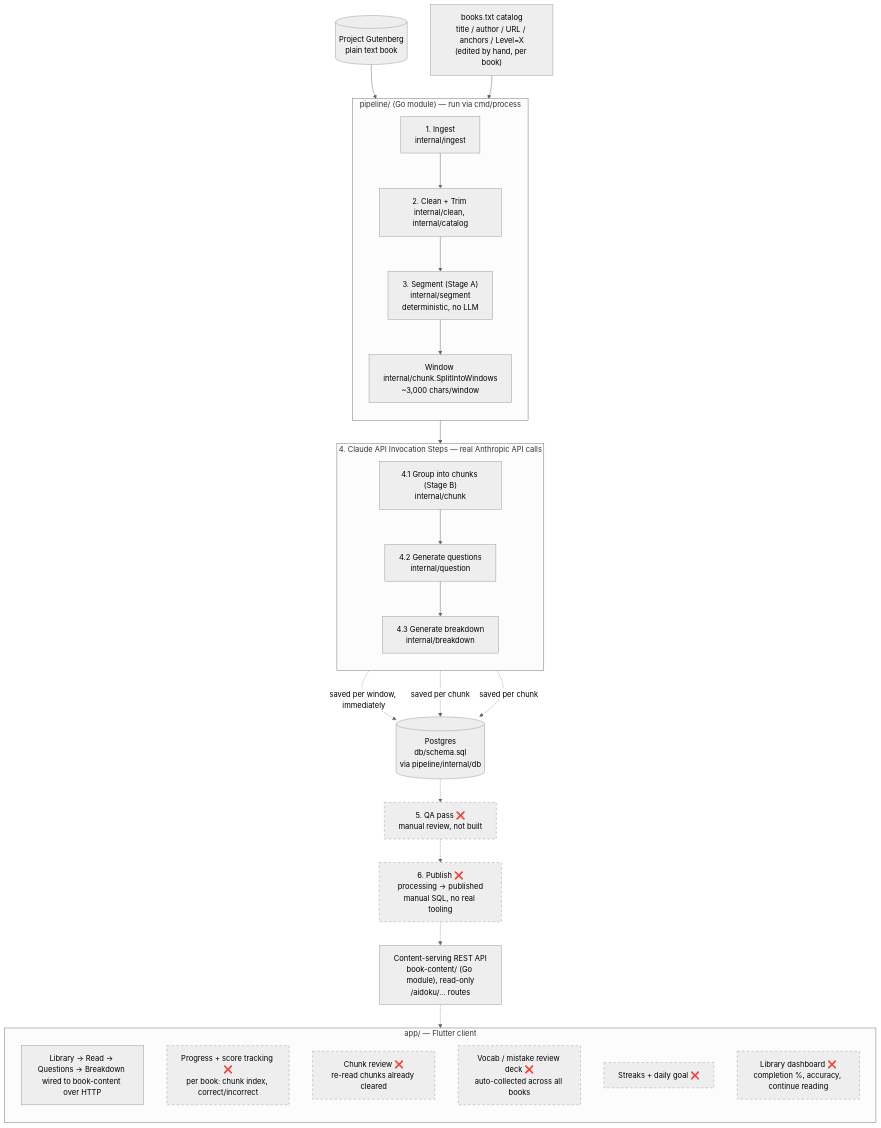
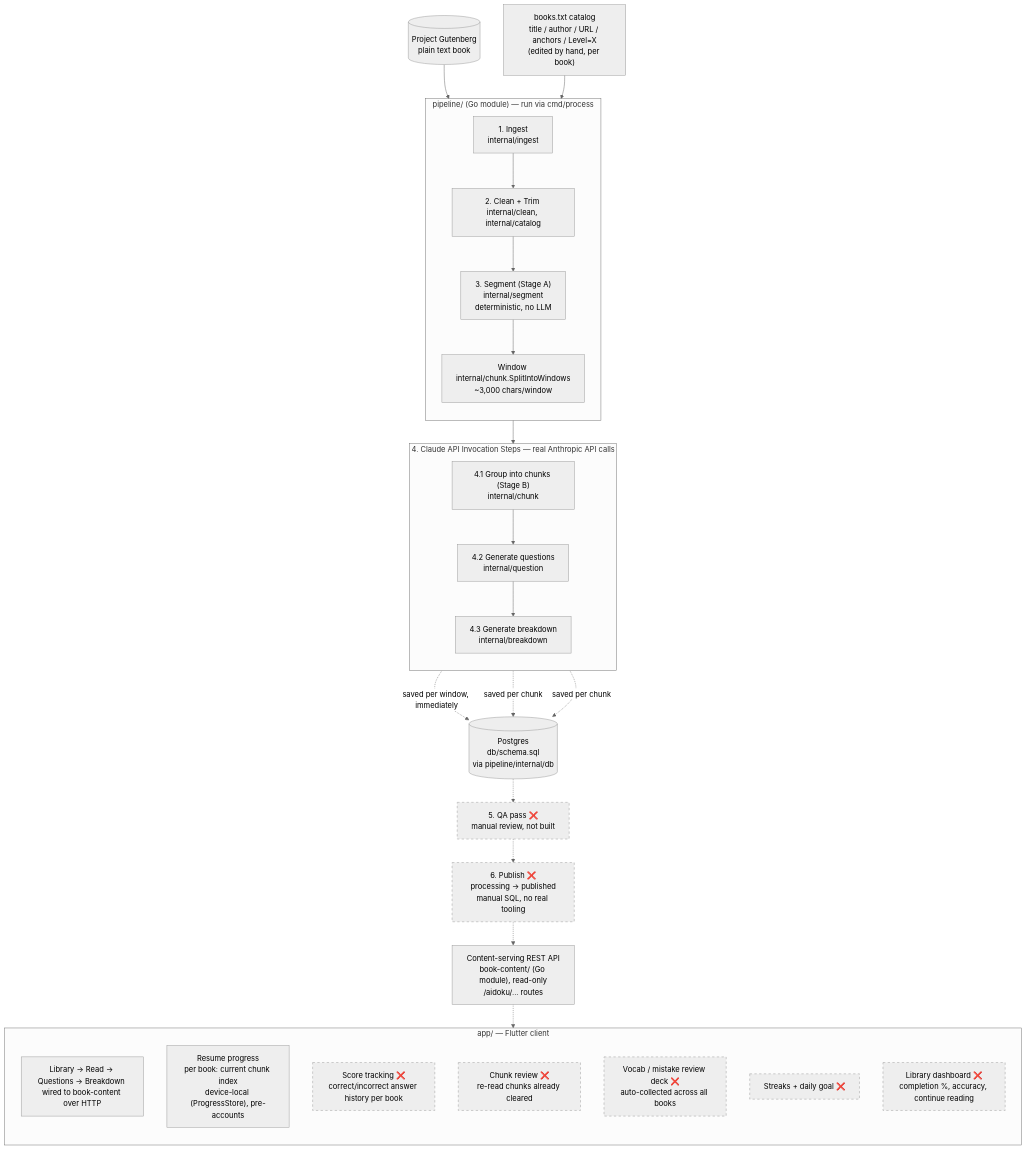
One commit to devdanielroy/project-aidoku changed the diagram in README.md. Above: the diagram before and after it, drawn with Mermaid (neutral theme). The commit also changed other lines of this file and 15 other files, not shown here.

````diff
--- a/README.md
+++ b/README.md
@@ -20,51 +20,52 @@
 ```mermaid
 flowchart TD
     GB[("Project Gutenberg<br/>plain text book")]
     BT["books.txt catalog<br/>title / author / URL / anchors / Level=X<br/>(edited by hand, per book)"]
 
     subgraph pipeline["pipeline/ (Go module) — run via cmd/process"]
         direction TB
         ING["1. Ingest <br/>internal/ingest"]
         CLN["2. Clean + Trim <br/>internal/clean, internal/catalog"]
         SEG["3. Segment (Stage A) <br/>internal/segment<br/>deterministic, no LLM"]
         WIN["Window <br/>internal/chunk.SplitIntoWindows<br/>~3,000 chars/window"]
         ING --> CLN --> SEG --> WIN
     end
 
     subgraph claude["4. Claude API Invocation Steps — real Anthropic API calls"]
         direction TB
         GRP["4.1 Group into chunks (Stage B)<br/>internal/chunk"]
         Q["4.2 Generate questions<br/>internal/question"]
         BRK["4.3 Generate breakdown<br/>internal/breakdown"]
         GRP --> Q --> BRK
     end
 
     DB[("Postgres <br/>db/schema.sql<br/>via pipeline/internal/db")]
 
     QA["5. QA pass ❌<br/>manual review, not built"]
     PUB["6. Publish ❌<br/>processing → published<br/>manual SQL, no real tooling"]
     API["Content-serving REST API<br/>book-content/ (Go module), read-only<br/>/aidoku/... routes"]
 
     subgraph client["app/ — Flutter client"]
       direction TB
         UI["Library → Read → Questions → Breakdown <br/>wired to book-content over HTTP"]
-        PROG["Progress + score tracking ❌<br/>per book: chunk index, correct/incorrect"]
+        RESUME["Resume progress<br/>per book: current chunk index<br/>device-local (ProgressStore), pre-accounts"]
+        SCORE["Score tracking ❌<br/>correct/incorrect answer history per book"]
         REVIEW["Chunk review ❌<br/>re-read chunks already cleared"]
         VOCAB["Vocab / mistake review deck ❌<br/>auto-collected across all books"]
         STREAK["Streaks + daily goal ❌"]
         DASH["Library dashboard ❌<br/>completion %, accuracy, continue reading"]
     end
 
     GB --> ING
     BT --> CLN
     WIN --> GRP
     GRP -.->|"saved per window, immediately"| DB
     Q -.->|"saved per chunk"| DB
     BRK -.->|"saved per chunk"| DB
     DB -.-> QA -.-> PUB
     PUB -.-> API
     API -.-> UI
 
     classDef notBuilt stroke-dasharray: 5 5
-    class QA,PUB,PROG,REVIEW,VOCAB,STREAK,DASH notBuilt
+    class QA,PUB,SCORE,REVIEW,VOCAB,STREAK,DASH notBuilt
 ```
````
